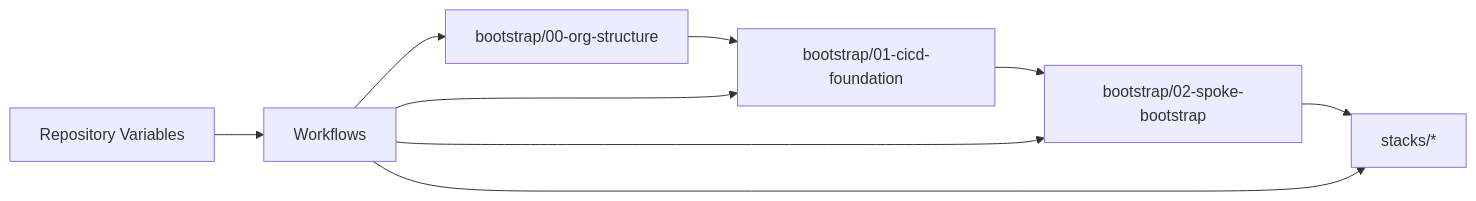
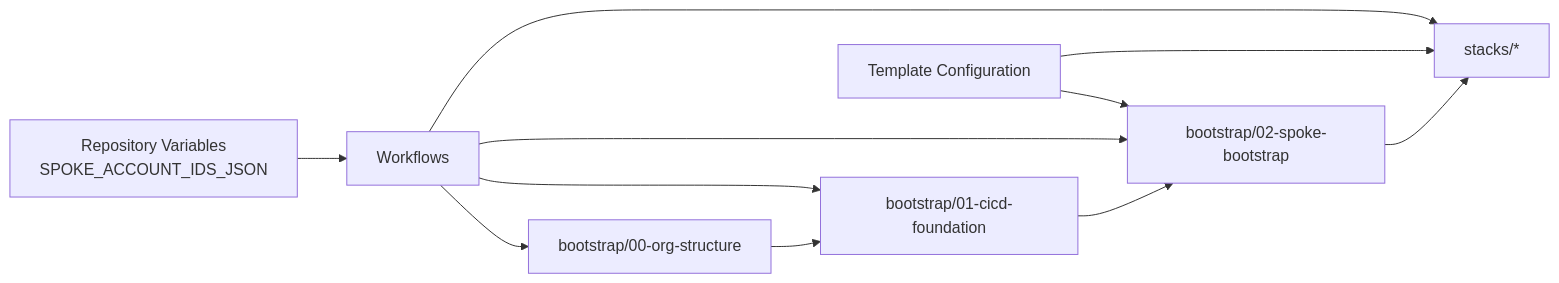
The third of 3 diagrams in .qoder/repowiki/en/content/Operational Procedures/Operational Procedures.md (AlibabaCloudLandingZone/alibabacloud-landingzone-accelerator-github-demo), drawn with Mermaid before and after one commit. The commit also changed other lines of this file and 104 other files, not shown here.

````diff
--- a/.qoder/repowiki/en/content/Operational Procedures/Operational Procedures.md
+++ b/.qoder/repowiki/en/content/Operational Procedures/Operational Procedures.md
@@ -282,11 +337,13 @@
 ```mermaid
 graph LR
 Org["bootstrap/00-org-structure"] --> CICD["bootstrap/01-cicd-foundation"]
 CICD --> Spoke["bootstrap/02-spoke-bootstrap"]
 Spoke --> Stacks["stacks/*"]
 GHW["Workflows"] --> Org
 GHW --> CICD
 GHW --> Spoke
 GHW --> Stacks
-Vars["Repository Variables"] --> GHW
+Vars["Repository Variables<br/>SPOKE_ACCOUNT_IDS_JSON"] --> GHW
+Templates["Template Configuration"] --> Spoke
+Templates --> Stacks
 ```
````
